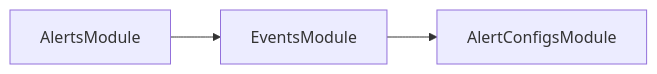
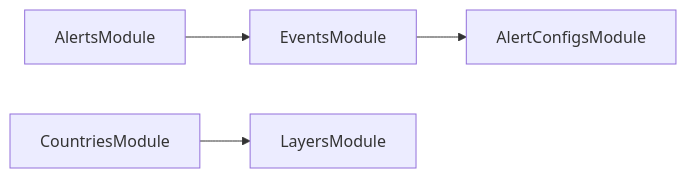
Before and after one commit to rodekruis/IBF: the diagram in services/api-service/module-dependencies.md, drawn with Mermaid. The commit also changed 8 other files, not shown here.

````diff
--- a/services/api-service/module-dependencies.md
+++ b/services/api-service/module-dependencies.md
@@ -3,5 +3,6 @@
 ```mermaid
 graph LR
   AlertsModule-->EventsModule
+  CountriesModule-->LayersModule
   EventsModule-->AlertConfigsModule
 ```
````
